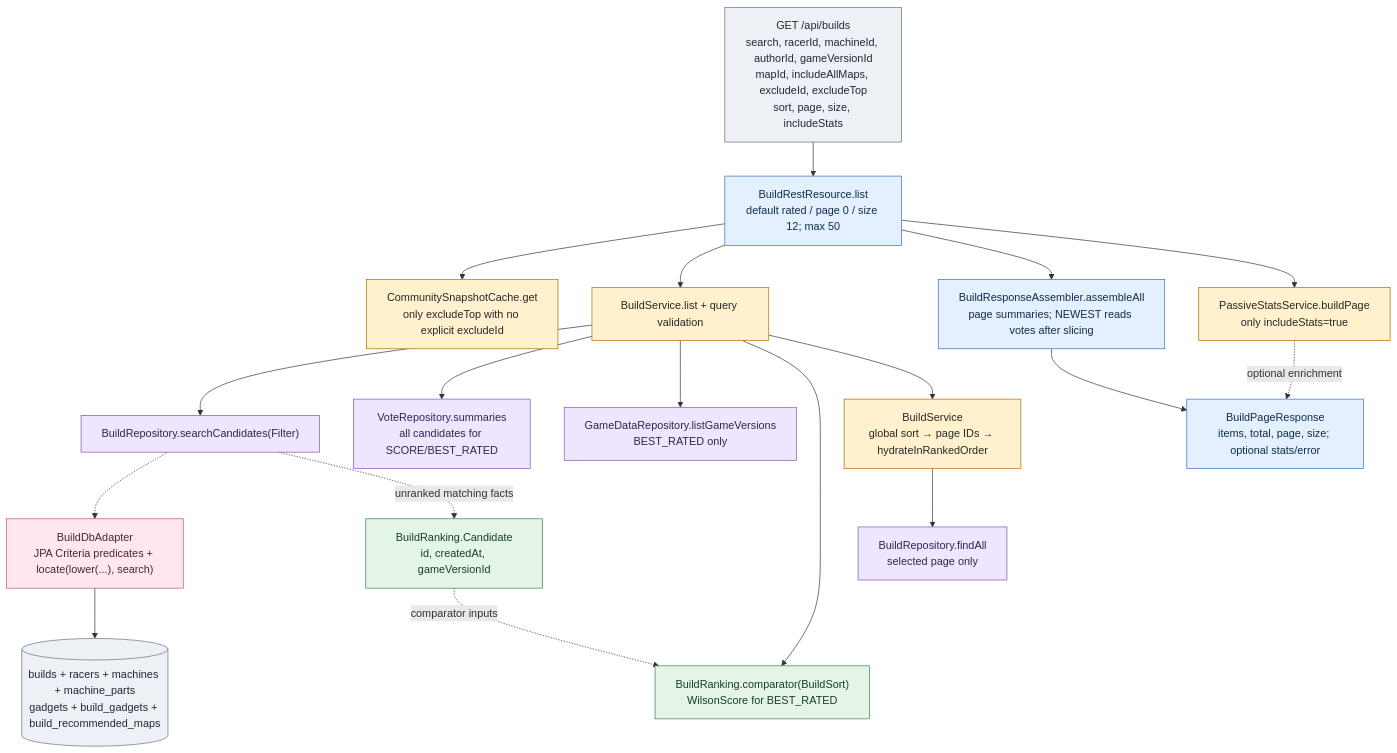
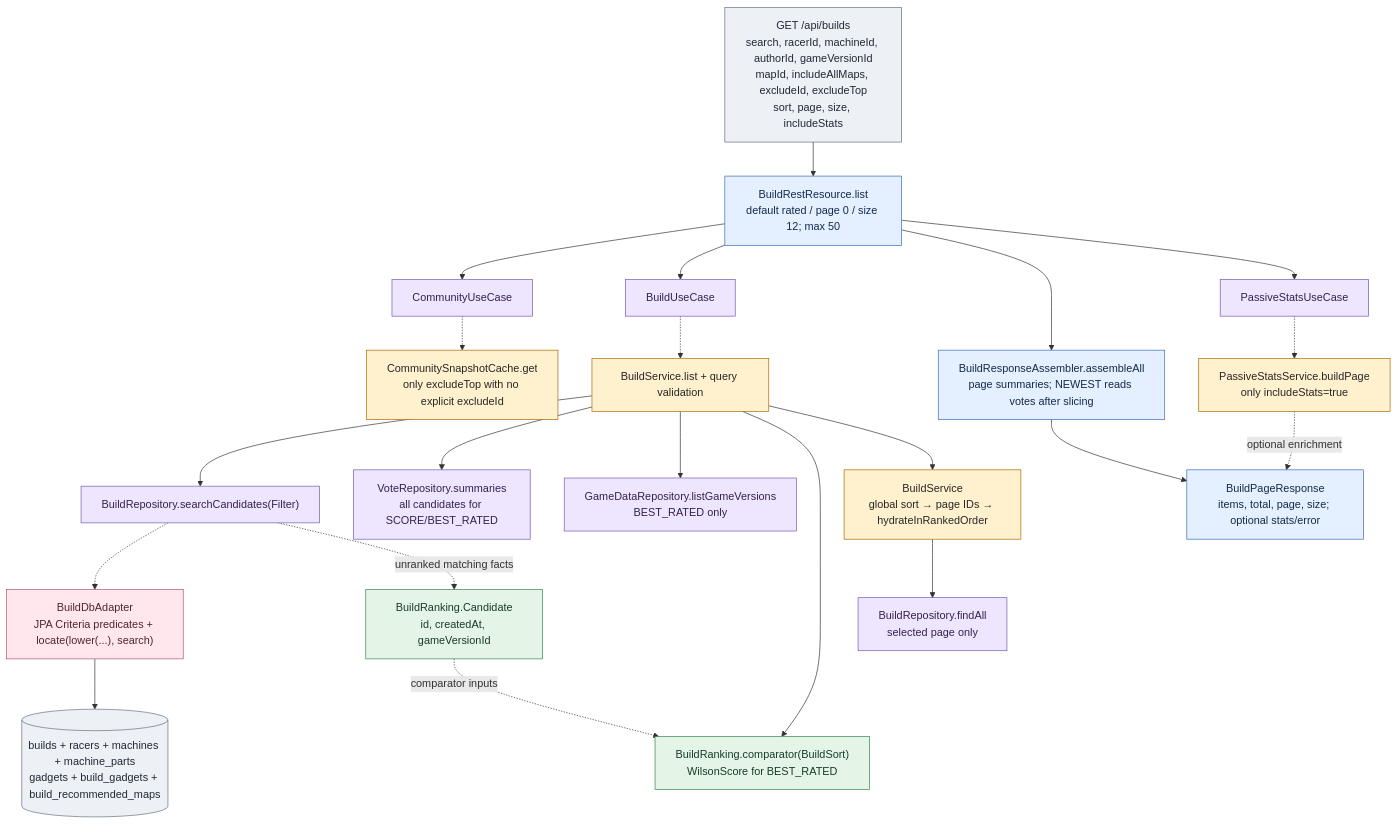
One commit to alexungu04genoff/RingLab changed the eighth of 31 diagrams in docs/architecture-atlas.md. Above: the diagram before and after it, drawn with Mermaid. The commit also changed other lines of this file and 100 other files, not shown here.

````diff
--- a/docs/architecture-atlas.md
+++ b/docs/architecture-atlas.md
@@ -434,40 +455,40 @@
 ```mermaid
 flowchart TB
   h["GET /api/builds<br/>search, racerId, machineId, authorId, gameVersionId<br/>mapId, includeAllMaps, excludeId, excludeTop<br/>sort, page, size, includeStats"]:::outside
   r["BuildRestResource.list<br/>default rated / page 0 / size 12; max 50"]:::rest
   cache["CommunitySnapshotCache.get<br/>only excludeTop with no explicit excludeId"]:::app
   s["BuildService.list + query validation"]:::app
   p["BuildRepository.searchCandidates(Filter)"]:::port
   a["BuildDbAdapter<br/>JPA Criteria predicates + locate(lower(...), search)"]:::adapter
   db[("builds + racers + machines + machine_parts<br/>gadgets + build_gadgets + build_recommended_maps")]:::outside
   facts["BuildRanking.Candidate<br/>id, createdAt, gameVersionId"]:::domain
   votes["VoteRepository.summaries<br/>all candidates for SCORE/BEST_RATED"]:::port
   versions["GameDataRepository.listGameVersions<br/>BEST_RATED only"]:::port
   rank["BuildRanking.comparator(BuildSort)<br/>WilsonScore for BEST_RATED"]:::domain
   page["BuildService<br/>global sort → page IDs → hydrateInRankedOrder"]:::app
   full["BuildRepository.findAll<br/>selected page only"]:::port
   assembly["BuildResponseAssembler.assembleAll<br/>page summaries; NEWEST reads votes after slicing"]:::rest
   optional["PassiveStatsService.buildPage<br/>only includeStats=true"]:::app
   out["BuildPageResponse<br/>items, total, page, size; optional stats/error"]:::rest
   h --> r
-  r --> cache
-  r --> s
+  r --> community["CommunityUseCase"]:::port -.-> cache
+  r --> input["BuildUseCase"]:::port -.-> s
   s --> p
   p -.-> a --> db
   p -.->|"unranked matching facts"| facts
   s --> votes
   s --> versions
   s --> rank
   facts -.->|"comparator inputs"| rank
   s --> page --> full
   r --> assembly
-  r --> optional
+  r --> passive["PassiveStatsUseCase"]:::port -.-> optional
   assembly --> out
   optional -.->|"optional enrichment"| out
   classDef rest fill:#e4efff,stroke:#356db4,color:#142b49
   classDef app fill:#fff0ce,stroke:#a96b00,color:#272727
   classDef domain fill:#e4f5e8,stroke:#37834c,color:#183d24
   classDef port fill:#eee6ff,stroke:#7954b1,color:#35214f
   classDef adapter fill:#ffe7ed,stroke:#b45370,color:#502333
   classDef outside fill:#edf0f4,stroke:#657184,color:#202938
 ```
````
